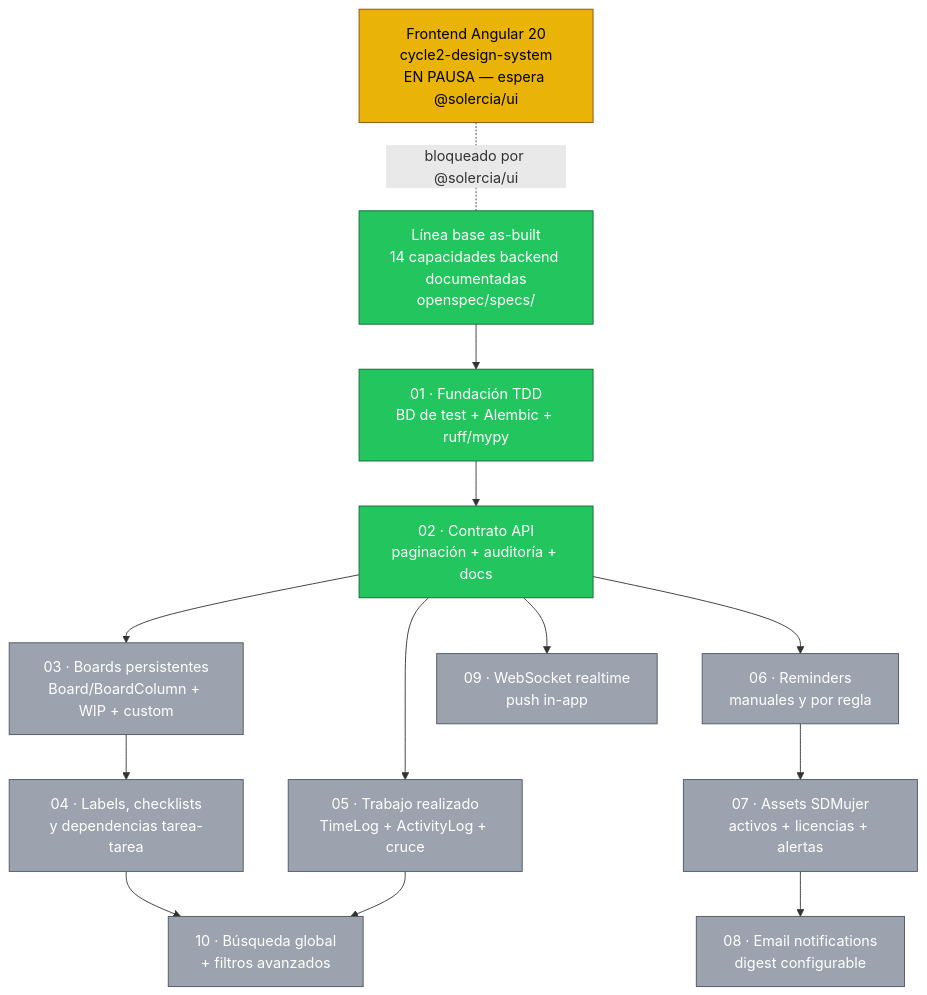
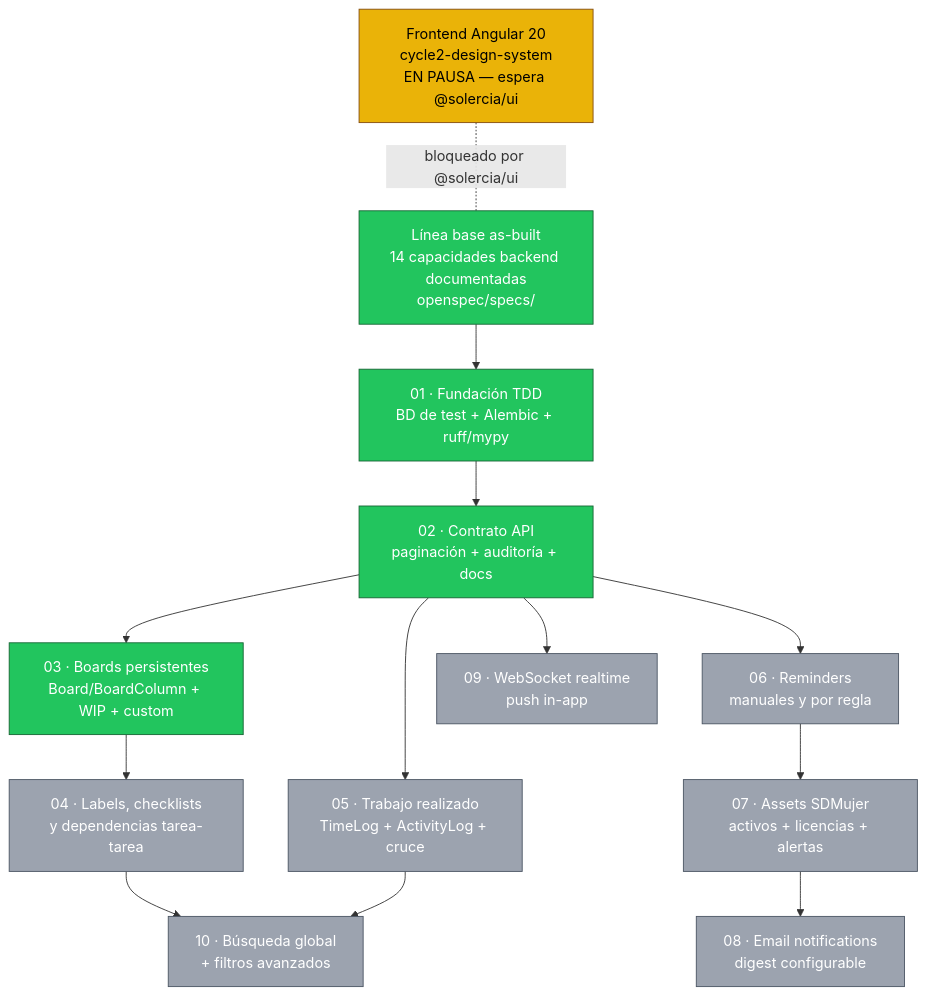
Before and after one commit to solercia-solutions/solercia-command: the diagram in openspec/AVANCE.md, drawn with Mermaid. The commit also changed other lines of this file and 13 other files, not shown here.

````diff
--- a/openspec/AVANCE.md
+++ b/openspec/AVANCE.md
@@ -9,38 +9,39 @@
 ```mermaid
 flowchart TD
     B0["Línea base as-built<br/>14 capacidades backend documentadas<br/>openspec/specs/"]
 
     C01["01 · Fundación TDD<br/>BD de test + Alembic + ruff/mypy"]
     C02["02 · Contrato API<br/>paginación + auditoría + docs"]
     C03["03 · Boards persistentes<br/>Board/BoardColumn + WIP + custom"]
     C04["04 · Labels, checklists<br/>y dependencias tarea-tarea"]
     C05["05 · Trabajo realizado<br/>TimeLog + ActivityLog + cruce"]
     C06["06 · Reminders<br/>manuales y por regla"]
     C07["07 · Assets SDMujer<br/>activos + licencias + alertas"]
     C08["08 · Email notifications<br/>digest configurable"]
     C09["09 · WebSocket realtime<br/>push in-app"]
     C10["10 · Búsqueda global<br/>+ filtros avanzados"]
 
     FE["Frontend Angular 20<br/>cycle2-design-system<br/>EN PAUSA — espera @solercia/ui"]
 
     B0 --> C01
     C01 --> C02
     C02 --> C03 --> C04
     C02 --> C05
     C02 --> C06 --> C07 --> C08
     C02 --> C09
     C04 --> C10
     C05 --> C10
 
     FE -.bloqueado por @solercia/ui.- B0
 
     class B0 done
     class C01 done
     class C02 done
+    class C03 done
     class FE inprogress
-    class C03,C04,C05,C06,C07,C08,C09,C10 pending
+    class C04,C05,C06,C07,C08,C09,C10 pending
 
     classDef done fill:#22c55e,stroke:#166534,color:#ffffff
     classDef inprogress fill:#eab308,stroke:#854d0e,color:#000000
     classDef pending fill:#9ca3af,stroke:#4b5563,color:#ffffff
 ```
````
